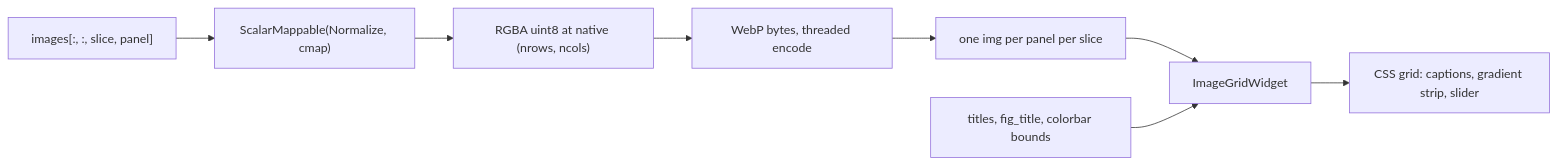
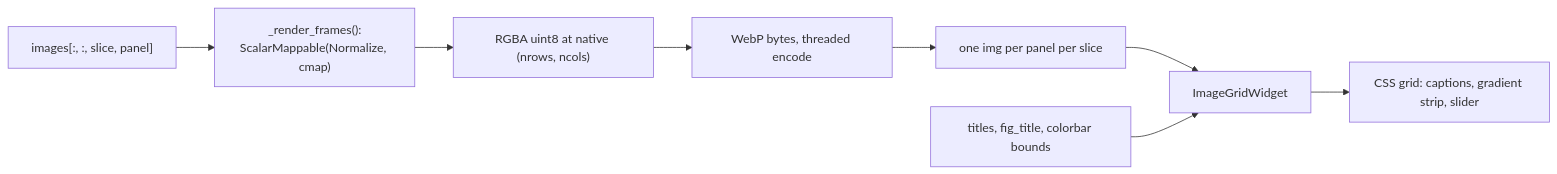
One commit to bastigw/mnutils changed the first of 2 diagrams in docs/diary/2026-08-18-pil-image-grid.md. Above: the diagram before and after it, drawn with Mermaid. The commit also changed other lines of this file and 1 other file, not shown here.

````diff
--- a/docs/diary/2026-08-18-pil-image-grid.md
+++ b/docs/diary/2026-08-18-pil-image-grid.md
@@ -25,10 +25,10 @@
 ```{mermaid}
 flowchart LR
-  A["images[:, :, slice, panel]"] --> B["ScalarMappable(Normalize, cmap)"]
+  A["images[:, :, slice, panel]"] --> B["_render_frames():<br/>ScalarMappable(Normalize, cmap)"]
   B --> C["RGBA uint8 at native (nrows, ncols)"]
   C --> D["WebP bytes, threaded encode"]
   D --> E["one img per panel per slice"]
   E --> F["ImageGridWidget"]
   G["titles, fig_title, colorbar bounds"] --> F
   F --> H["CSS grid: captions, gradient strip, slider"]
 ```
````
